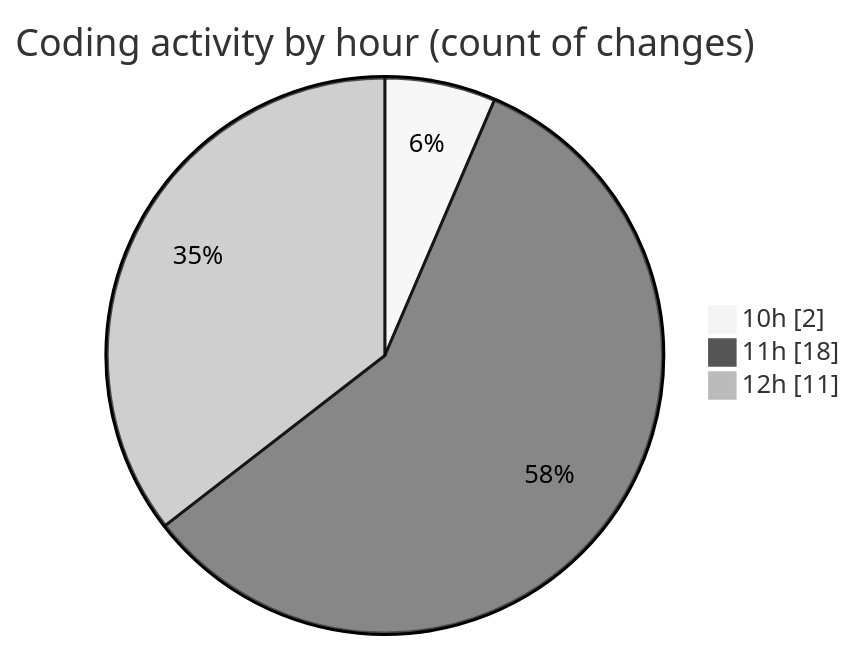
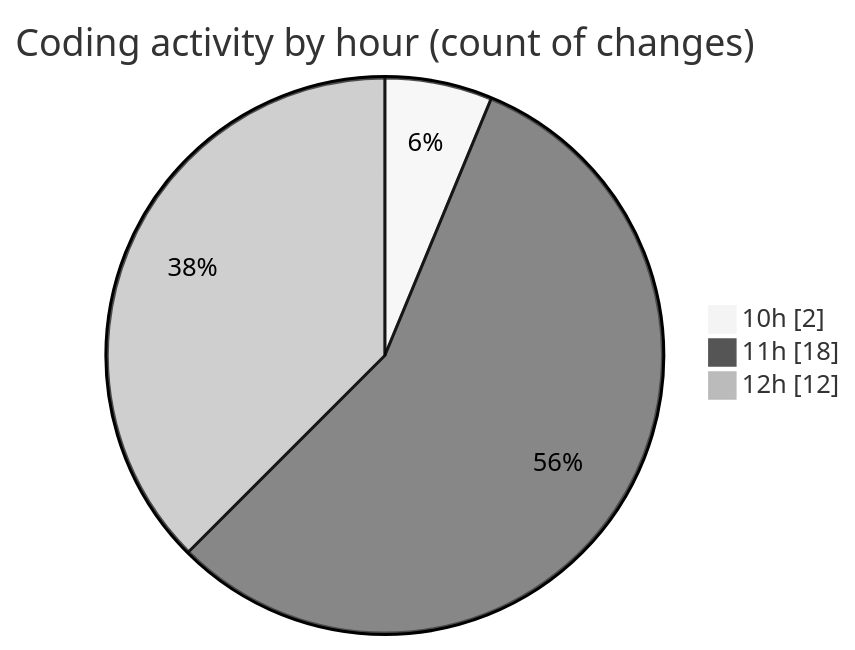
The second of 2 diagrams in 2025-08-05/nxtqube_webapp/README.md (nxtqubesakshisongat/code-tracking), drawn with Mermaid (neutral theme) before and after one commit. The commit also changed other lines of this file and 1 other file, not shown here.

````diff
--- a/2025-08-05/nxtqube_webapp/README.md
+++ b/2025-08-05/nxtqube_webapp/README.md
@@ -35,7 +36,7 @@
 ```mermaid
 pie showData
 title Coding activity by hour (count of changes)
 "10h" : 2
 "11h" : 18
-"12h" : 11
+"12h" : 12
 ```
````
